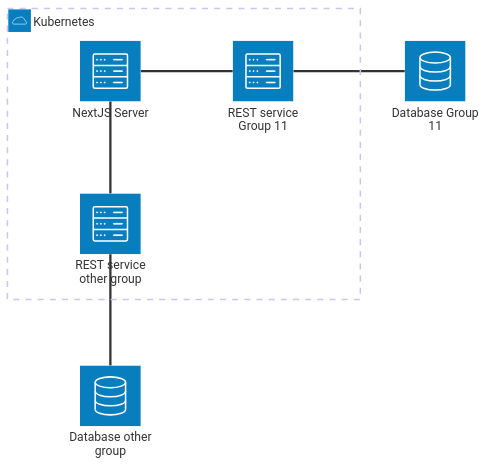
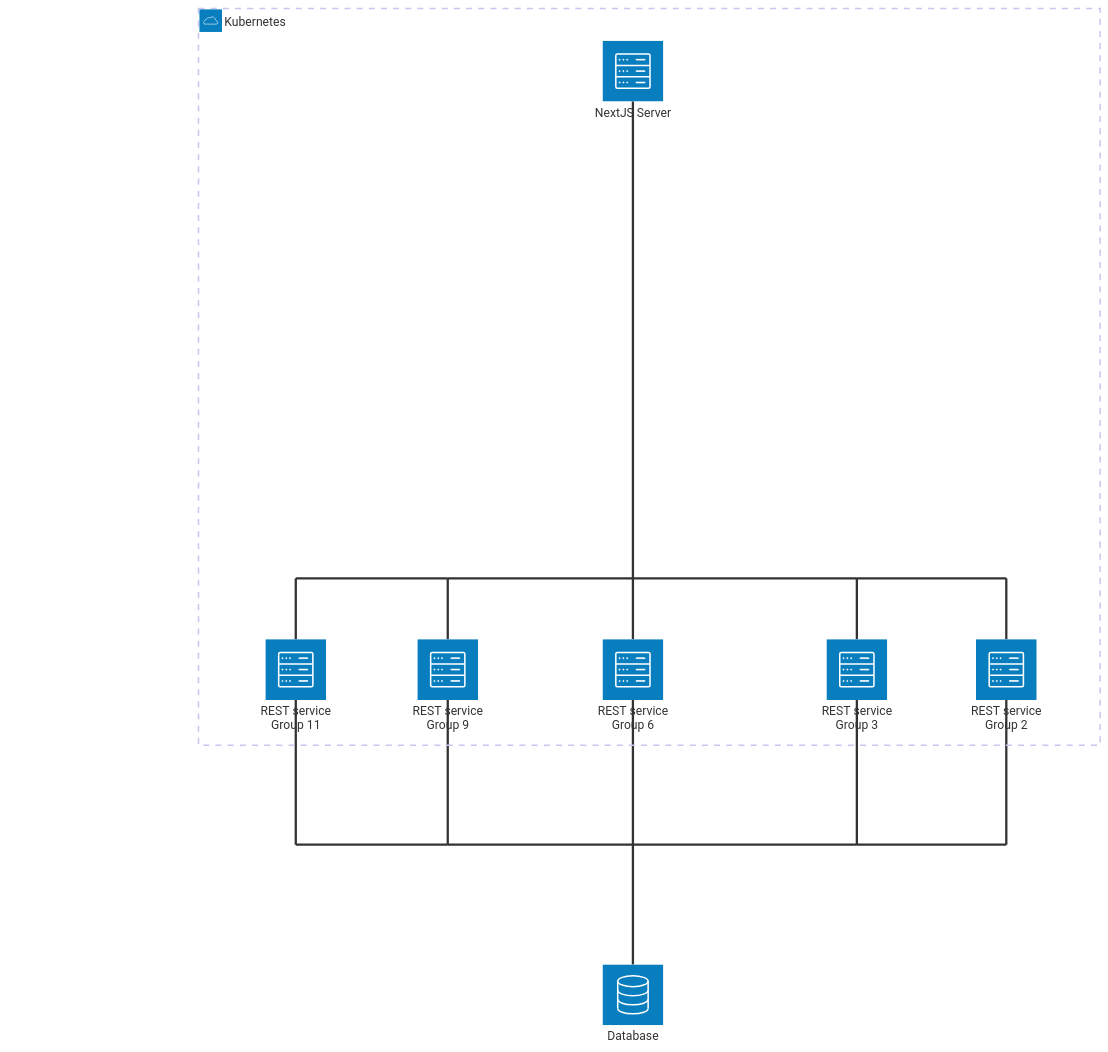
The diagram in README.md (astep-aau/aSTEP-frontend), drawn with Mermaid before and after one commit. The commit also changed other lines of this file, not shown here.

````diff
--- a/README.md
+++ b/README.md
@@ -37,17 +37,48 @@
 ```mermaid
 architecture-beta
     group ks(cloud)[Kubernetes]
     service nextjs(server)[NextJS Server] in ks
+    service group11service(server)[REST service Group 11] in ks   
+    service group2service(server)[REST service Group 2] in ks   
+    service group3service(server)[REST service Group 3] in ks   
+    service group6service(server)[REST service Group 6] in ks   
+    service group9service(server)[REST service Group 9] in ks   
+    service database(database)[Database]
+    junction junction1
+    junction junction2
+    junction junction3
+    junction junction4
+    junction junction5
+    junction junction6
 
-    service group11service(server)[REST service Group 11] in ks   
-    service group11database(database)[Database Group 11]
+    junction junction8
+    junction junction9
+    junction junction10
+    junction junction11
+    junction junction12
 
-    service othergroupservice(server)[REST service other group] in ks   
-    service othergroupdatabase(database)[Database other group]
-    
-    nextjs:R -- L:group11service
-    group11service:R -- L:group11database
+    group2service:T -- B:junction8
+    group3service:T -- B:junction9
+    group6service:T -- B:junction10
+    group9service:T -- B:junction11
+    group11service:T -- B:junction12
 
-    nextjs:B -- T:othergroupservice
-    othergroupservice:B -- T:othergroupdatabase
+    junction8:L -- R:junction9
+    junction9:L -- R:junction10
+    junction10:L -- R:junction11
+    junction11:L -- R:junction12
+
+    junction10:T -- B:nextjs
+
+    group2service:B -- T:junction5
+    group3service:B -- T:junction4
+    group6service:B -- T:junction3
+    group9service:B -- T:junction2
+    group11service:B -- T:junction1
+    database:T -- B:junction3
+
+    junction1:R -- L:junction2
+    junction2:R -- L:junction3
+    junction3:R -- L:junction4
+    junction4:R -- L:junction5
 ```
````
